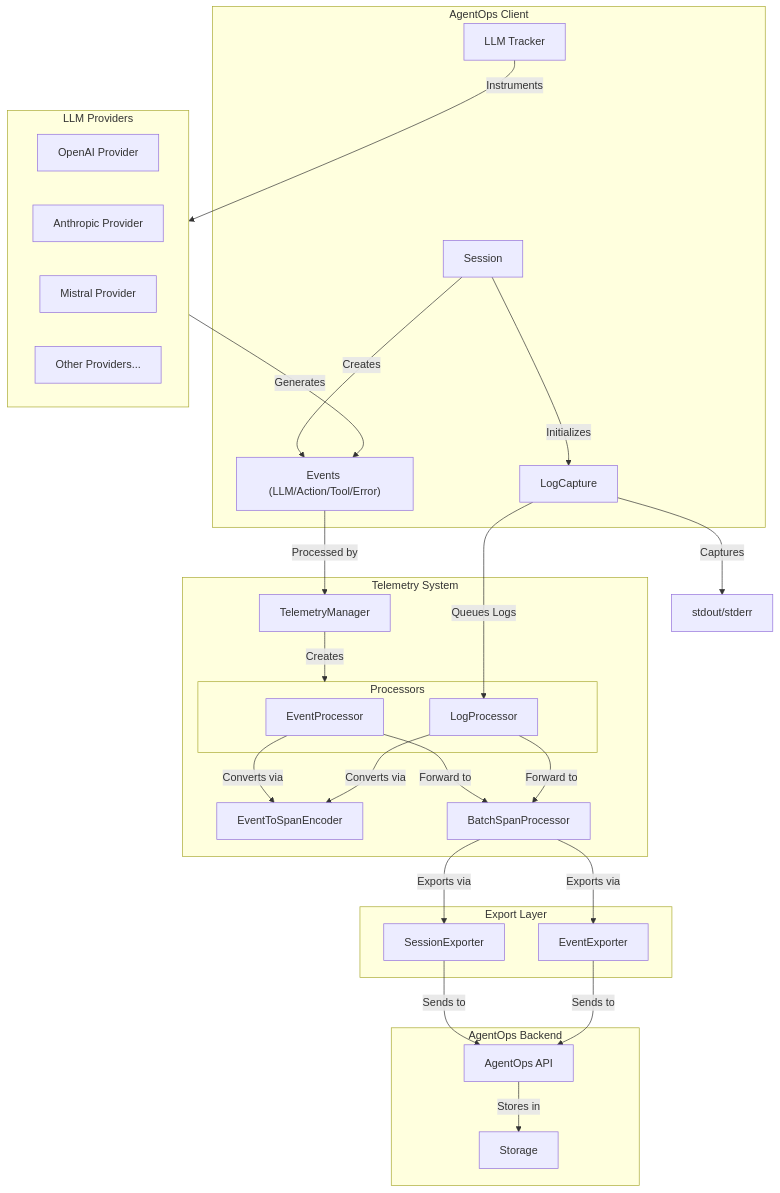
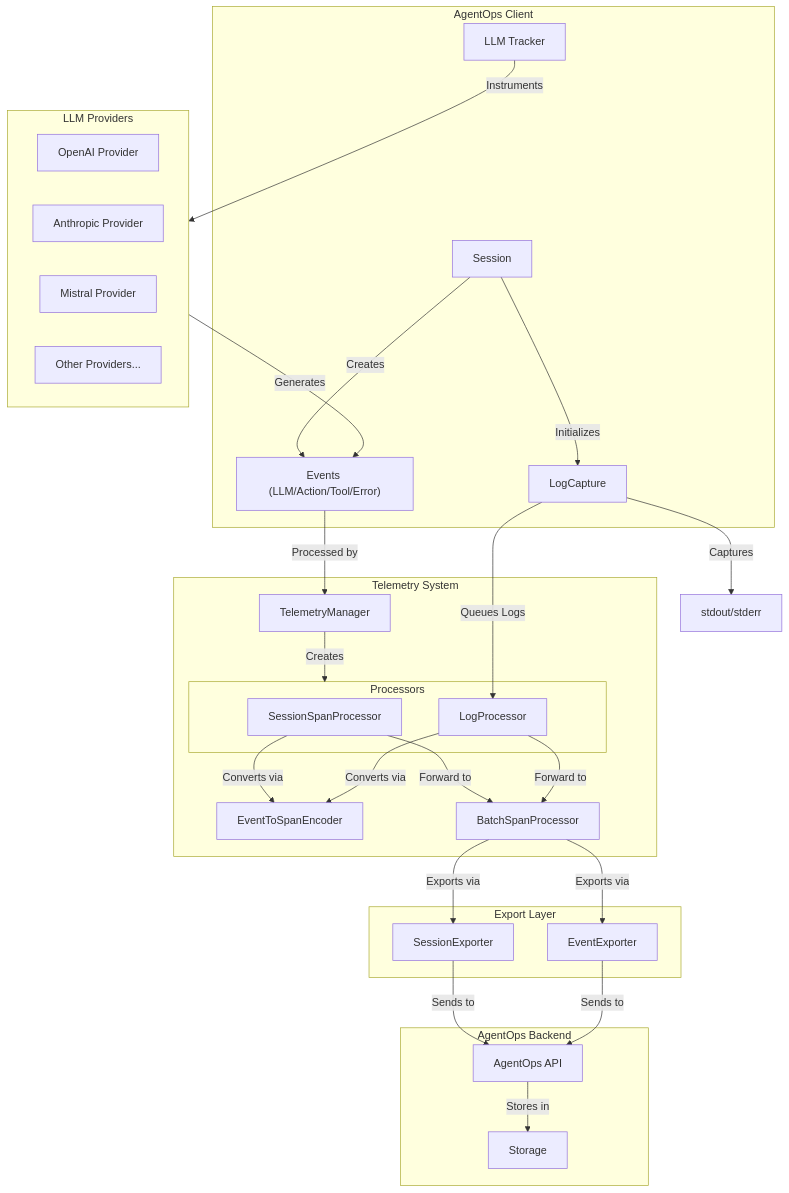
The diagram in agentops/telemetry/DESIGN.mermaid.md (AgentOps-AI/agentops), drawn with Mermaid before and after one commit. The commit also changed 6 other files, not shown here.

Commit message:
EventProcessor -> SessionSpanProcessor

````diff
--- a/agentops/telemetry/DESIGN.mermaid.md
+++ b/agentops/telemetry/DESIGN.mermaid.md
@@ -1,60 +1,60 @@
 ```mermaid
 flowchart TB
     subgraph Client["AgentOps Client"]
         Session["Session"]
         Events["Events (LLM/Action/Tool/Error)"]
         LLMTracker["LLM Tracker"]
         LogCapture["LogCapture"]
     end
 
     subgraph Providers["LLM Providers"]
         OpenAI["OpenAI Provider"]
         Anthropic["Anthropic Provider"]
         Mistral["Mistral Provider"]
         Other["Other Providers..."]
     end
 
     subgraph TelemetrySystem["Telemetry System"]
         TelemetryManager["TelemetryManager"]
         
         subgraph Processors["Processors"]
-            EventProcessor["EventProcessor"]
+            SessionSpanProcessor["SessionSpanProcessor"]
             LogProcessor["LogProcessor"]
         end
         
         SpanEncoder["EventToSpanEncoder"]
         BatchProcessor["BatchSpanProcessor"]
     end
 
     subgraph Export["Export Layer"]
         SessionExporter["SessionExporter"]
         EventExporter["EventExporter"]
     end
 
     subgraph Backend["AgentOps Backend"]
         API["AgentOps API"]
         Storage["Storage"]
     end
 
     %% Flow connections
     Session -->|Creates| Events
     Session -->|Initializes| LogCapture
     LogCapture -->|Captures| StdOut["stdout/stderr"]
     LogCapture -->|Queues Logs| LogProcessor
     
     LLMTracker -->|Instruments| Providers
     Providers -->|Generates| Events
     Events -->|Processed by| TelemetryManager
     
     TelemetryManager -->|Creates| Processors
-    EventProcessor -->|Converts via| SpanEncoder
+    SessionSpanProcessor -->|Converts via| SpanEncoder
     LogProcessor -->|Converts via| SpanEncoder
-    EventProcessor & LogProcessor -->|Forward to| BatchProcessor
+    SessionSpanProcessor & LogProcessor -->|Forward to| BatchProcessor
     
     BatchProcessor -->|Exports via| SessionExporter
     BatchProcessor -->|Exports via| EventExporter
     
     SessionExporter -->|Sends to| API
     EventExporter -->|Sends to| API
     API -->|Stores in| Storage
 ```
````
